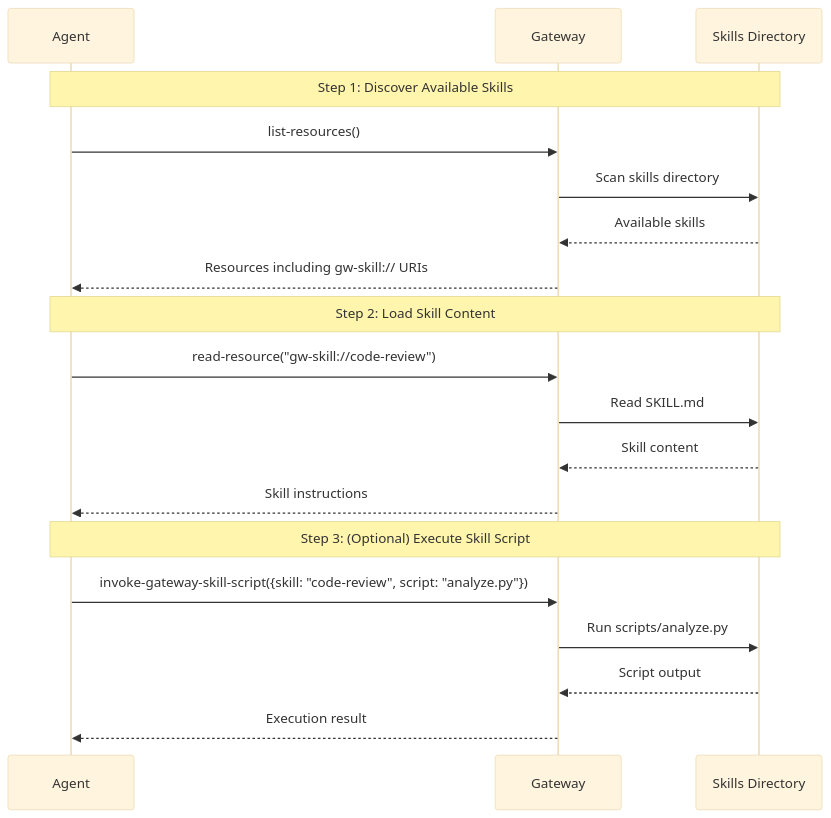
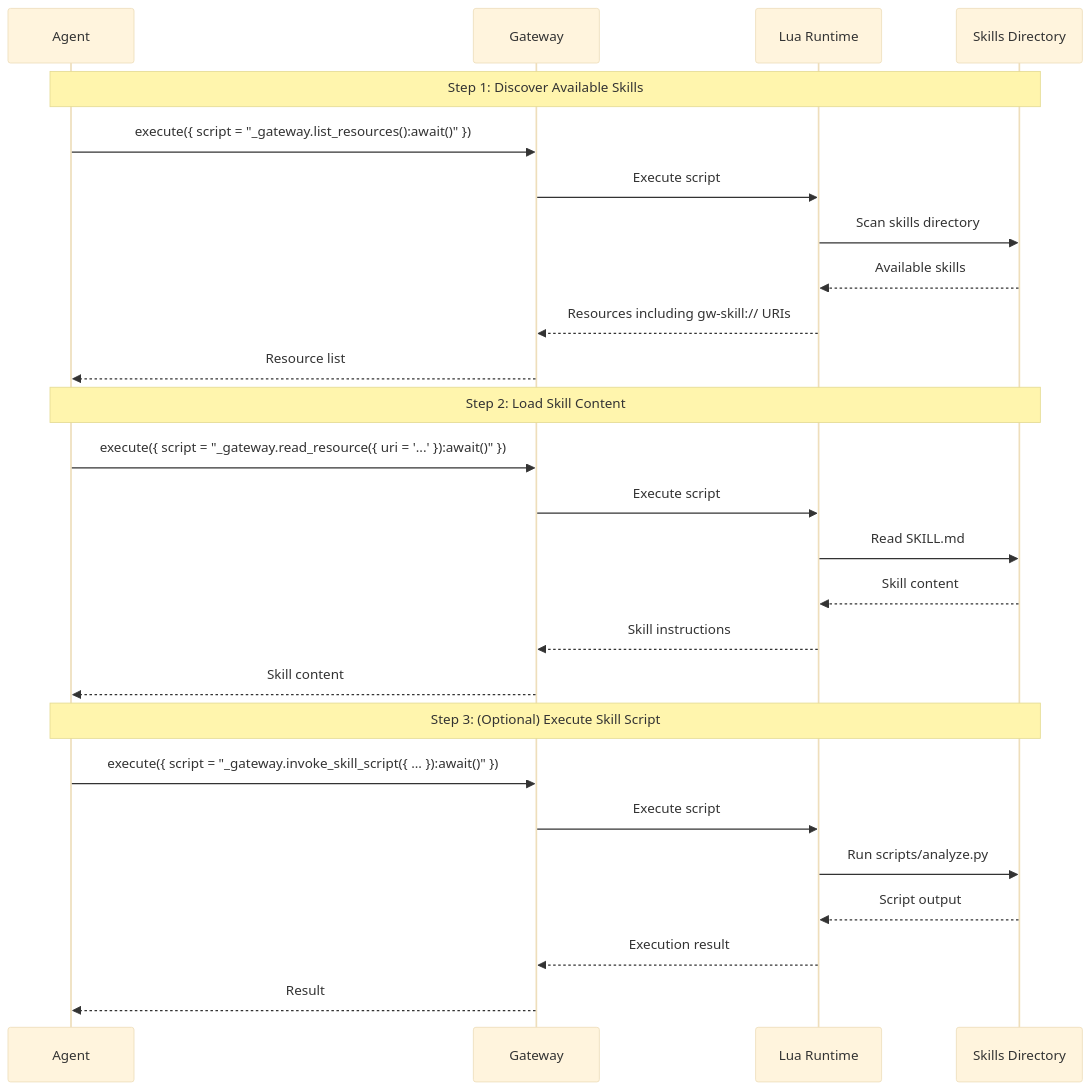
The second of 5 diagrams in docs/design/skills.md (karashiiro/my-cool-proxy), drawn with Mermaid (base theme) before and after one commit. The commit also changed other lines of this file and 33 other files, not shown here.

First line of the commit message:
refactor: move gateway tools into Lua interpreter as _gateway builtins

````diff
--- a/docs/design/skills.md
+++ b/docs/design/skills.md
@@ -45,24 +45,31 @@
 ```mermaid
 sequenceDiagram
     participant Agent
     participant Gateway
+    participant Lua as Lua Runtime
     participant Skills as Skills Directory
 
     Note over Agent,Skills: Step 1: Discover Available Skills
-    Agent->>Gateway: list-resources()
-    Gateway->>Skills: Scan skills directory
-    Skills-->>Gateway: Available skills
-    Gateway-->>Agent: Resources including gw-skill:// URIs
+    Agent->>Gateway: execute({ script = "_gateway.list_resources():await()" })
+    Gateway->>Lua: Execute script
+    Lua->>Skills: Scan skills directory
+    Skills-->>Lua: Available skills
+    Lua-->>Gateway: Resources including gw-skill:// URIs
+    Gateway-->>Agent: Resource list
 
     Note over Agent,Skills: Step 2: Load Skill Content
-    Agent->>Gateway: read-resource("gw-skill://code-review")
-    Gateway->>Skills: Read SKILL.md
-    Skills-->>Gateway: Skill content
-    Gateway-->>Agent: Skill instructions
+    Agent->>Gateway: execute({ script = "_gateway.read_resource({ uri = '...' }):await()" })
+    Gateway->>Lua: Execute script
+    Lua->>Skills: Read SKILL.md
+    Skills-->>Lua: Skill content
+    Lua-->>Gateway: Skill instructions
+    Gateway-->>Agent: Skill content
 
     Note over Agent,Skills: Step 3: (Optional) Execute Skill Script
-    Agent->>Gateway: invoke-gateway-skill-script({skill: "code-review", script: "analyze.py"})
-    Gateway->>Skills: Run scripts/analyze.py
-    Skills-->>Gateway: Script output
-    Gateway-->>Agent: Execution result
+    Agent->>Gateway: execute({ script = "_gateway.invoke_skill_script({ ... }):await()" })
+    Gateway->>Lua: Execute script
+    Lua->>Skills: Run scripts/analyze.py
+    Skills-->>Lua: Script output
+    Lua-->>Gateway: Execution result
+    Gateway-->>Agent: Result
 ```
````
